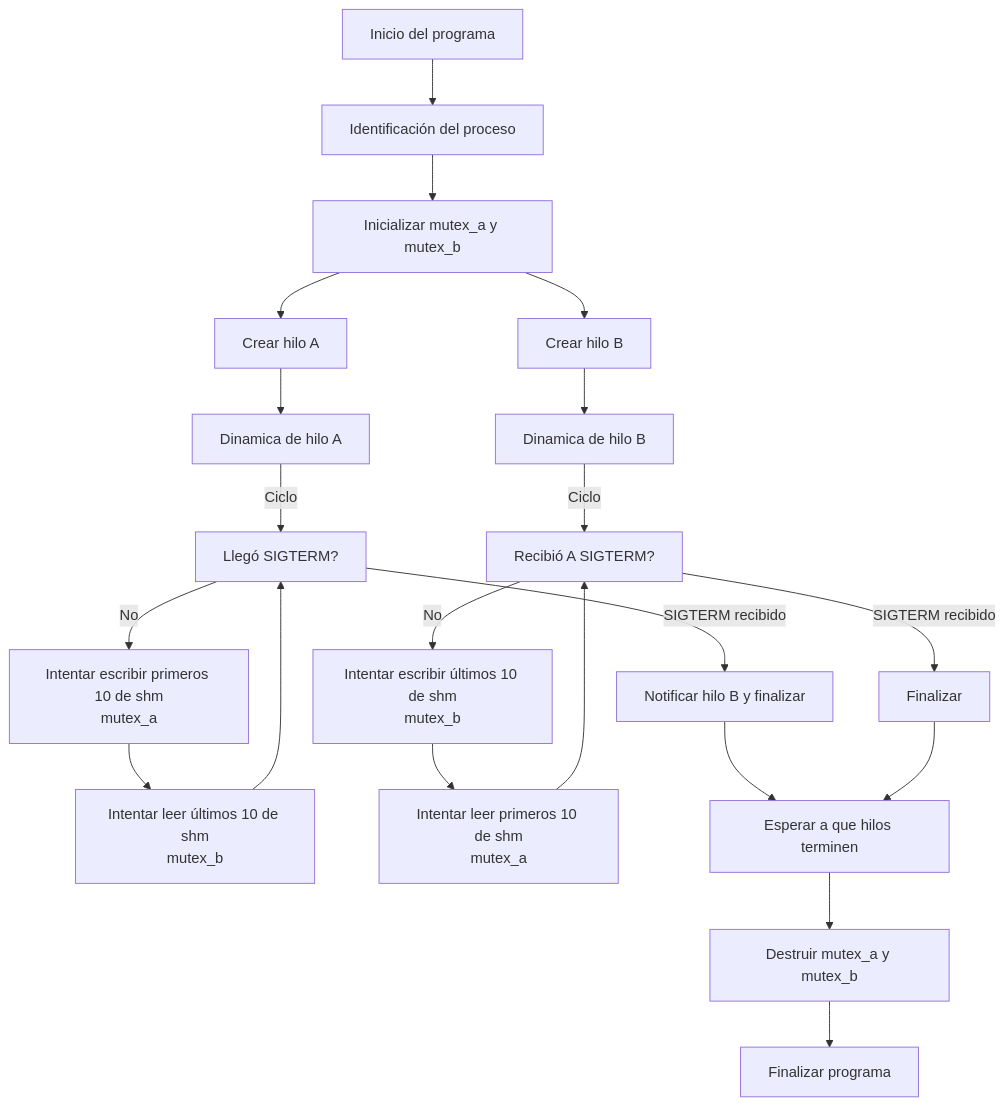
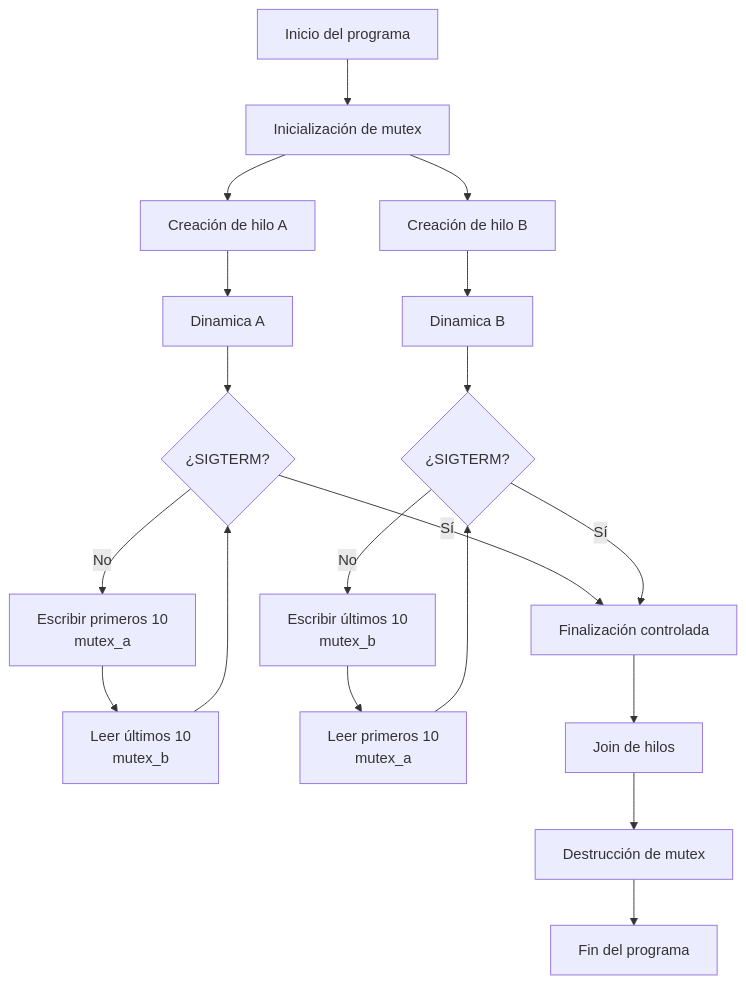
The first of 2 diagrams in README.md (ascatena/Posix-threads-mutex-sync), drawn with Mermaid before and after one commit. The commit also changed other lines of this file, not shown here.

First line of the commit message:
Revise README for project on POSIX Threads and Mutex

````diff
--- a/README.md
+++ b/README.md
@@ -93,26 +198,29 @@
 ```mermaid
-graph TD
+flowchart TD
+
     A[Inicio del programa]
-    A --> C[Identificación del proceso]
-    C --> D[Inicializar mutex_a y mutex_b]
-    D --> E[Crear hilo A]
-    D --> F[Crear hilo B]
-    E --> G[Dinamica de hilo A]
-    F --> H[Dinamica de hilo B]
-    G -->|Ciclo| G1[Llegó SIGTERM?]
-    H -->|Ciclo| H1[Recibió A SIGTERM?]
+    A --> B[Inicialización de mutex]
+    B --> C[Creación de hilo A]
+    B --> D[Creación de hilo B]
 
-    G1 --> |No| GA[Intentar escribir primeros 10 de shm\nmutex_a]
-    GA --> GB[Intentar leer últimos 10 de shm\nmutex_b] --> G1
-    H1 --> |No| HA[Intentar escribir últimos 10 de shm\nmutex_b]
-    HA --> HB[Intentar leer primeros 10 de shm\nmutex_a] --> H1
+    C --> E[Dinamica A]
+    D --> F[Dinamica B]
 
-    G1 -->|SIGTERM recibido| G2[Notificar hilo B y finalizar]
-    H1 -->|SIGTERM recibido| H2[Finalizar]
+    E --> G{¿SIGTERM?}
+    F --> H{¿SIGTERM?}
 
-    G2 --> I[Esperar a que hilos terminen]
-    H2 --> I
-    I --> J[Destruir mutex_a y mutex_b]
-    J --> K[Finalizar programa]
+    G -->|No| EA[Escribir primeros 10\nmutex_a]
+    EA --> EB[Leer últimos 10\nmutex_b]
+    EB --> G
 
+    H -->|No| FA[Escribir últimos 10\nmutex_b]
+    FA --> FB[Leer primeros 10\nmutex_a]
+    FB --> H
+
+    G -->|Sí| I[Finalización controlada]
+    H -->|Sí| I
+
+    I --> J[Join de hilos]
+    J --> K[Destrucción de mutex]
+    K --> L[Fin del programa]
 ```
````
